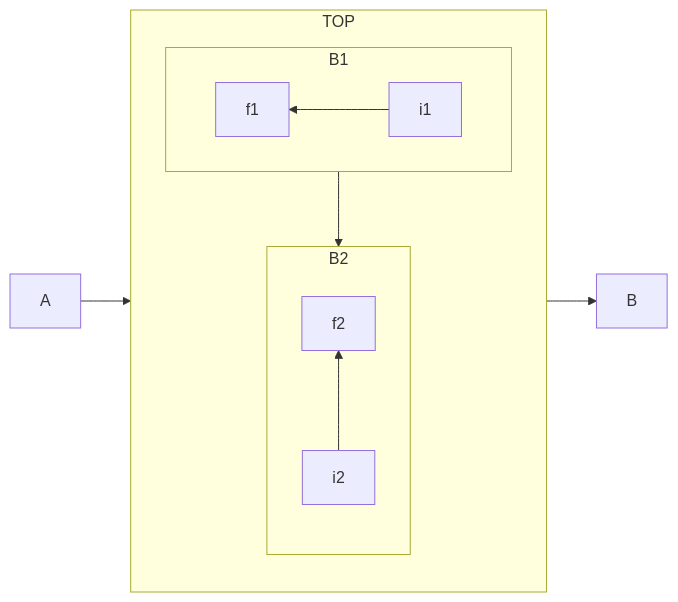
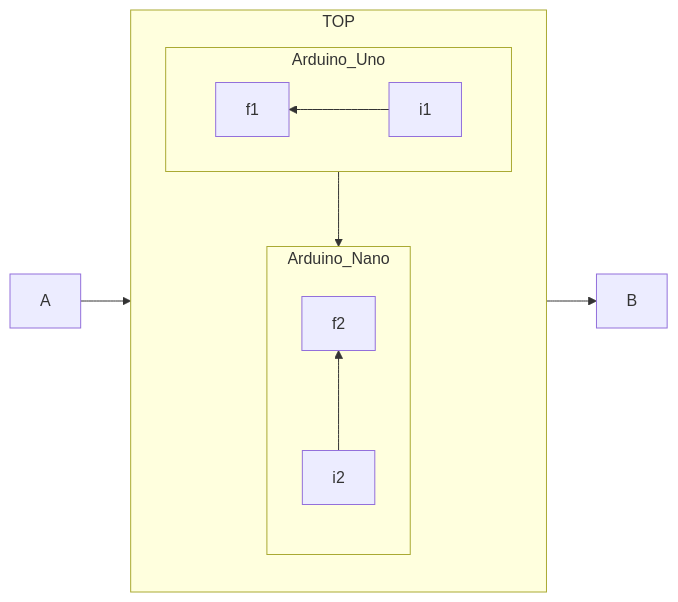
Before and after one commit to william60302/IoT_Team2: the second of 2 diagrams in README.md, drawn with Mermaid.

````diff
--- a/README.md
+++ b/README.md
@@ -34,16 +34,16 @@
 ```mermaid
 flowchart LR
   subgraph TOP
     direction TB
-    subgraph B1
+    subgraph Arduino_Uno
         direction RL
         i1 -->f1
     end
-    subgraph B2
+    subgraph Arduino_Nano
         direction BT
         i2 -->f2
     end
   end
   A --> TOP --> B
-  B1 --> B2
+  Arduino_Uno --> Arduino_Nano
 ```
````
